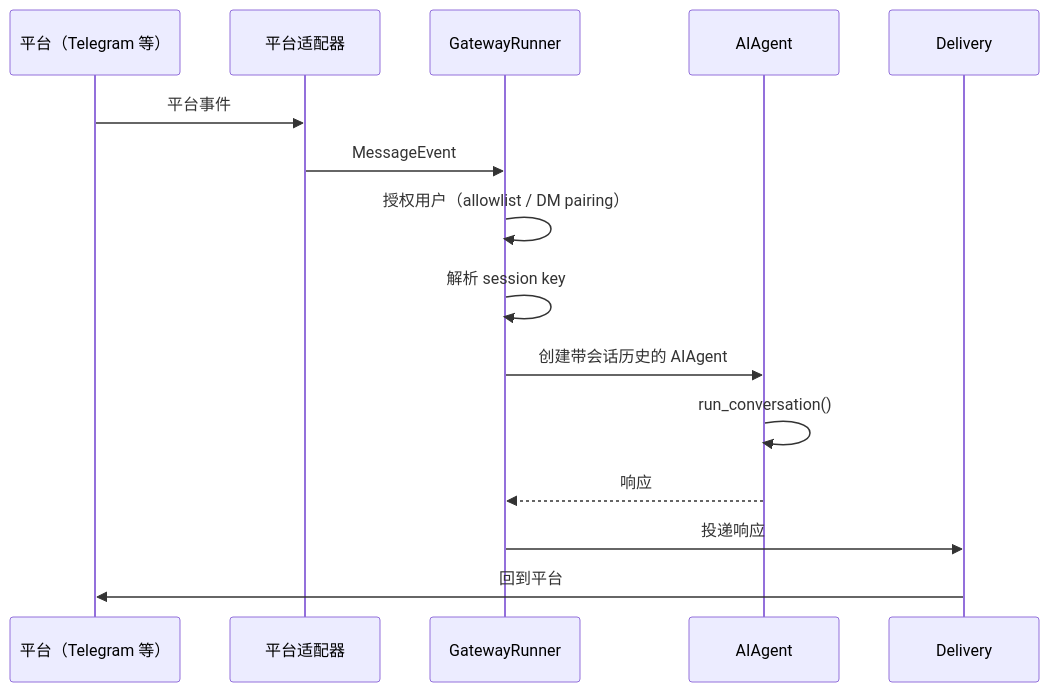
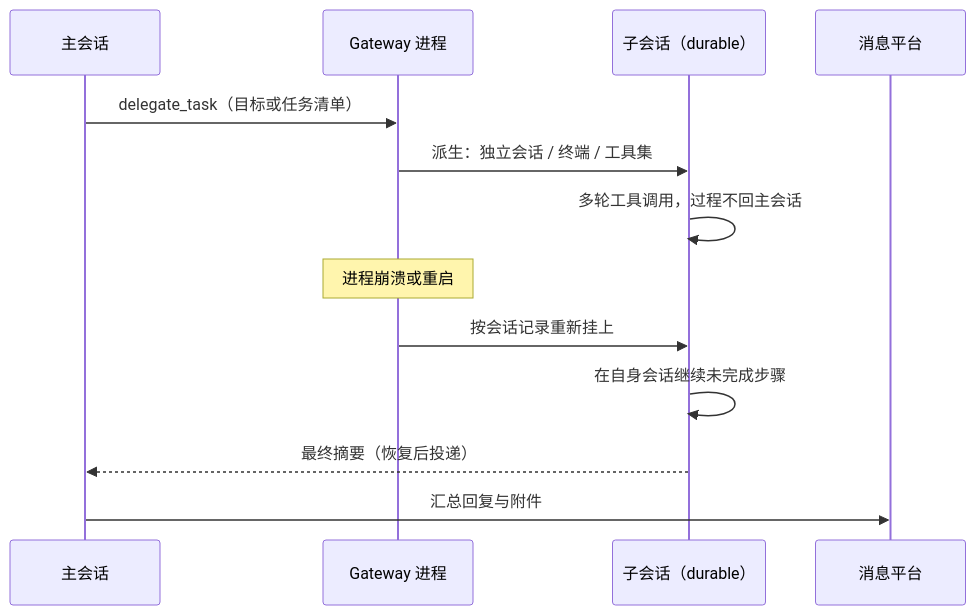
One commit to hpliStartAgain/my-brain changed the fourth of 5 diagrams in content/LLM/Hermes-Agent/03 架构总览——AIAgent 核心循环与子系统.md. Above: the diagram before and after it, drawn with Mermaid. The commit also changed other lines of this file and 259 other files, not shown here.

````diff
--- a/content/LLM/Hermes-Agent/03 架构总览——AIAgent 核心循环与子系统.md
+++ b/content/LLM/Hermes-Agent/03 架构总览——AIAgent 核心循环与子系统.md
@@ -285,19 +282,17 @@
 ```mermaid
 %%{init: {'theme': 'dracula'}}%%
 sequenceDiagram
-    participant P as 平台（Telegram 等）
-    participant Ad as 平台适配器
-    participant G as GatewayRunner
-    participant A as AIAgent
-    participant D as Delivery
+    participant M as 主会话
+    participant G as Gateway 进程
+    participant S as 子会话（durable）
+    participant P as 消息平台
 
-    P->>Ad: 平台事件
-    Ad->>G: MessageEvent
-    G->>G: 授权用户（allowlist / DM pairing）
-    G->>G: 解析 session key
-    G->>A: 创建带会话历史的 AIAgent
-    A->>A: run_conversation()
-    A-->>G: 响应
-    G->>D: 投递响应
-    D->>P: 回到平台
+    M->>G: delegate_task（目标或任务清单）
+    G->>S: 派生：独立会话 / 终端 / 工具集
+    S->>S: 多轮工具调用，过程不回主会话
+    Note over G: 进程崩溃或重启
+    G->>S: 按会话记录重新挂上
+    S->>S: 在自身会话继续未完成步骤
+    S-->>M: 最终摘要（恢复后投递）
+    M->>P: 汇总回复与附件
 ```
````
